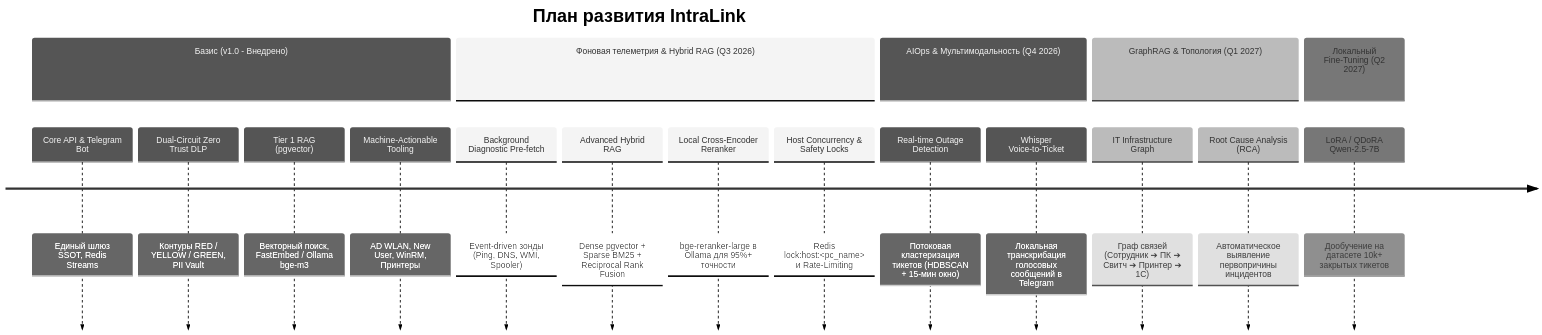
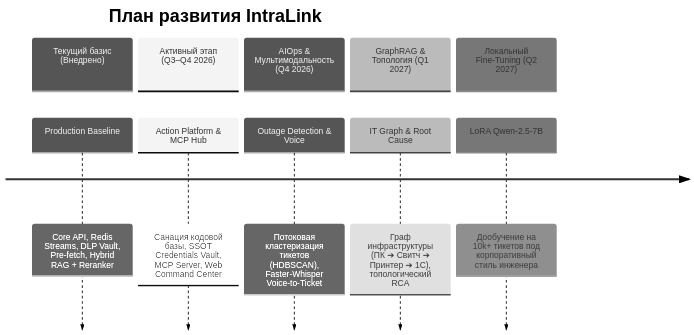
Before and after one commit to Unlesssebl/IntraLink: the second of 2 diagrams in docs/roadmap.md, drawn with Mermaid (neutral theme). The commit also changed other lines of this file and 26 other files, not shown here.

Commit message:
feat(core): implement phase 1 cleanup, SSOT credentials vault and unified admin UI

````diff
--- a/docs/roadmap.md
+++ b/docs/roadmap.md
@@ -39,22 +39,14 @@
 ```mermaid
 timeline
     title План развития IntraLink
-    section Базис (v1.0 - Внедрено)
-        Core API & Telegram Bot : Единый шлюз SSOT, Redis Streams
-        Dual-Circuit Zero Trust DLP : Контуры RED / YELLOW / GREEN, PII Vault
-        Tier 1 RAG (pgvector) : Векторный поиск, FastEmbed / Ollama bge-m3
-        Machine-Actionable Tooling : AD WLAN, New User, WinRM, Принтеры
-    section Фоновая телеметрия & Hybrid RAG (Q3 2026)
-        Background Diagnostic Pre-fetch : Event-driven зонды (Ping, DNS, WMI, Spooler)
-        Advanced Hybrid RAG : Dense pgvector + Sparse BM25 + Reciprocal Rank Fusion
-        Local Cross-Encoder Reranker : bge-reranker-large в Ollama для 95%+ точности
-        Host Concurrency & Safety Locks : Redis lock:host:<pc_name> и Rate-Limiting
+    section Текущий базис (Внедрено)
+        Production Baseline : Core API, Redis Streams, DLP Vault, Pre-fetch, Hybrid RAG + Reranker
+    section Активный этап (Q3–Q4 2026)
+        Action Platform & MCP Hub : Санация кодовой базы, SSOT Credentials Vault, MCP Server, Web Command Center
     section AIOps & Мультимодальность (Q4 2026)
-        Real-time Outage Detection : Потоковая кластеризация тикетов (HDBSCAN + 15-мин окно)
-        Whisper Voice-to-Ticket : Локальная транскрибация голосовых сообщений в Telegram
+        Outage Detection & Voice : Потоковая кластеризация тикетов (HDBSCAN), Faster-Whisper Voice-to-Ticket
     section GraphRAG & Топология (Q1 2027)
-        IT Infrastructure Graph : Граф связей (Сотрудник ➔ ПК ➔ Свитч ➔ Принтер ➔ 1С)
-        Root Cause Analysis (RCA) : Автоматическое выявление первопричины инцидентов
+        IT Graph & Root Cause : Граф инфраструктуры (ПК ➔ Свитч ➔ Принтер ➔ 1С), топологический RCA
     section Локальный Fine-Tuning (Q2 2027)
-        LoRA / QDoRA Qwen-2.5-7B : Дообучение на датасете 10k+ закрытых тикетов
+        LoRA Qwen-2.5-7B : Дообучение на 10k+ тикетов под корпоративный стиль инженера
 ```
````
